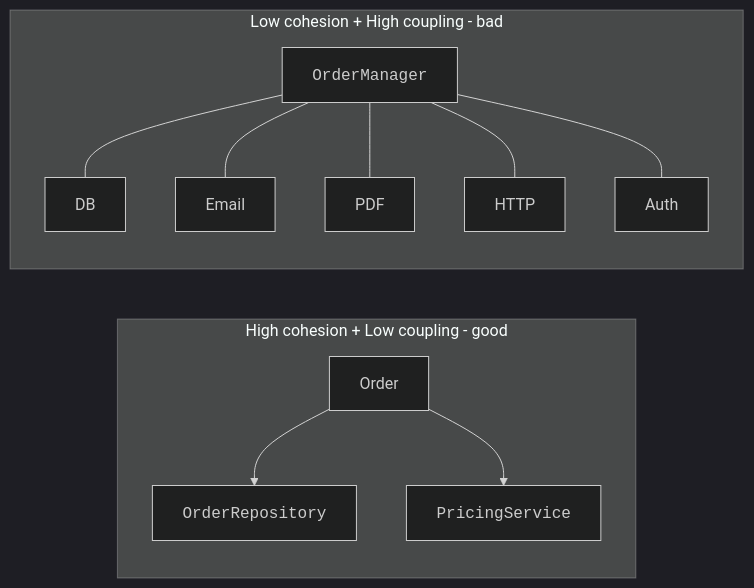
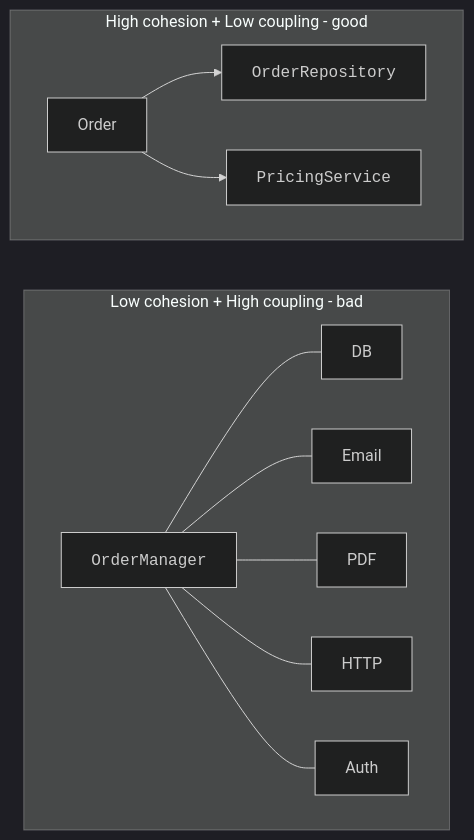
One commit to dataslope/dataslope changed the third of 3 diagrams in content/courses/java-programming-for-beginners/software-organization.mdx. Above: the diagram before and after it, drawn with Mermaid (dark theme). The commit also changed other lines of this file and 2180 other files, not shown here.

````diff
--- a/content/courses/java-programming-for-beginners/software-organization.mdx
+++ b/content/courses/java-programming-for-beginners/software-organization.mdx
@@ -163,14 +169,15 @@
 ```mermaid
-flowchart LR
+flowchart TD
     subgraph H[High cohesion + Low coupling - good]
         A1[Order] --> A2["<code>OrderRepository</code>"]
         A1 --> A3["<code>PricingService</code>"]
     end
     subgraph B[Low cohesion + High coupling - bad]
         B1["<code>OrderManager</code>"] --- B2[DB]
         B1 --- B3[Email]
         B1 --- B4[PDF]
         B1 --- B5[HTTP]
         B1 --- B6[Auth]
     end
+    H ~~~ B
 ```
````
